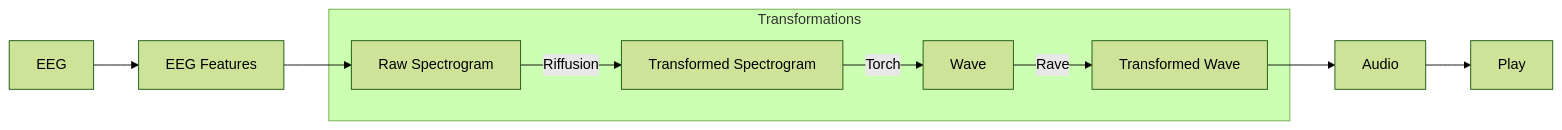
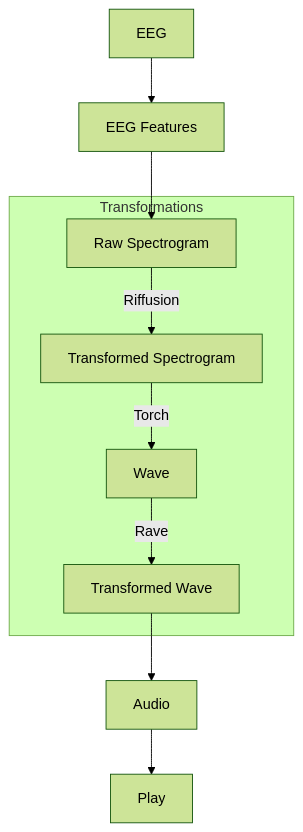
Before and after one commit to Tallivm/brain2music: the diagram in README.md, drawn with Mermaid (forest theme).

Commit message:
change diagram orientation

````diff
--- a/README.md
+++ b/README.md
@@ -9,17 +9,17 @@
 ```mermaid
-graph LR
+graph TB
     A[EEG] --> C[EEG Features]
     C -->D[Raw Spectrogram]
     D -->|Riffusion| E[Transformed Spectrogram]
     E -->|Torch| F[Wave]
     F -->|Rave| G[Transformed Wave]
     G -->H[Audio]
     H -->I[Play]
     
     subgraph Transformations 
         D
         E
         F
         G
     end
 ```
````
